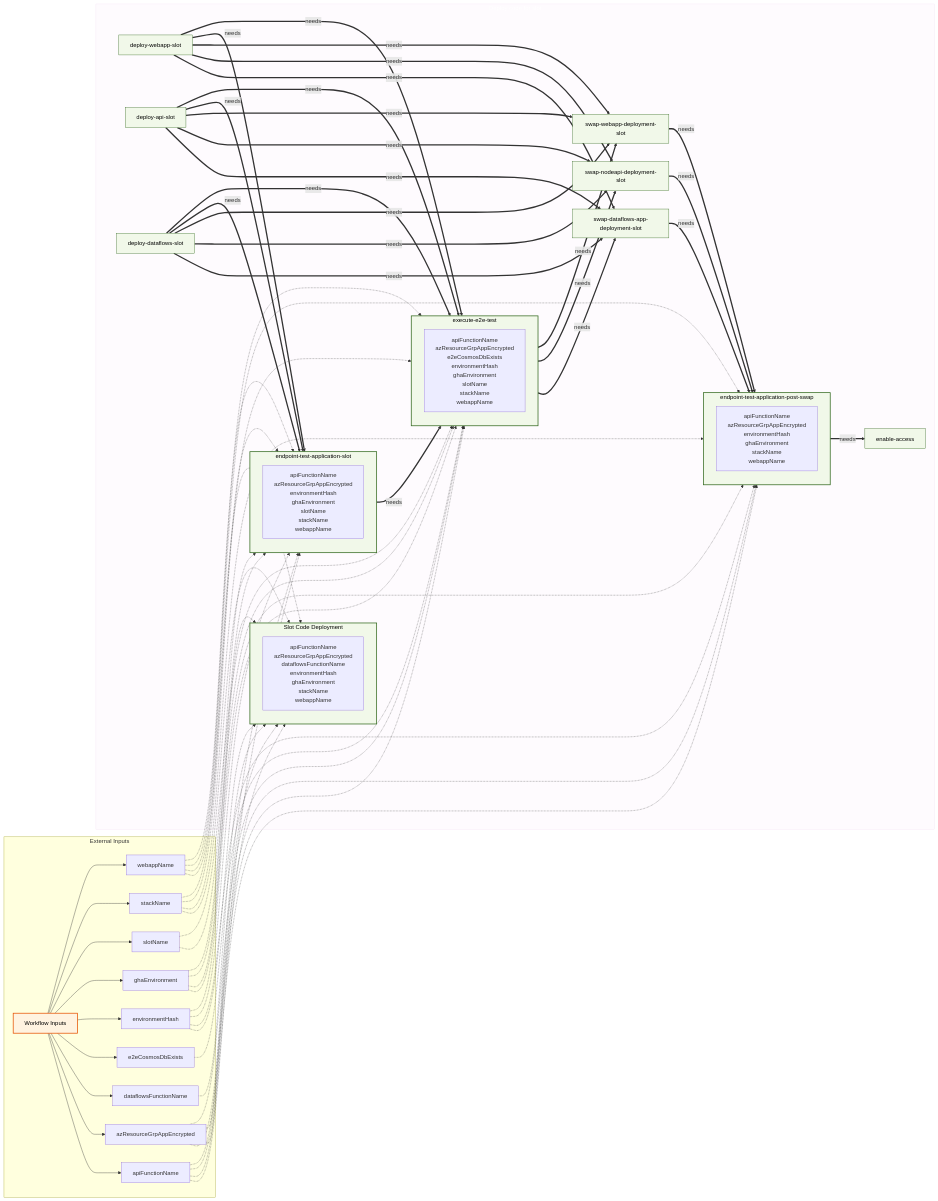
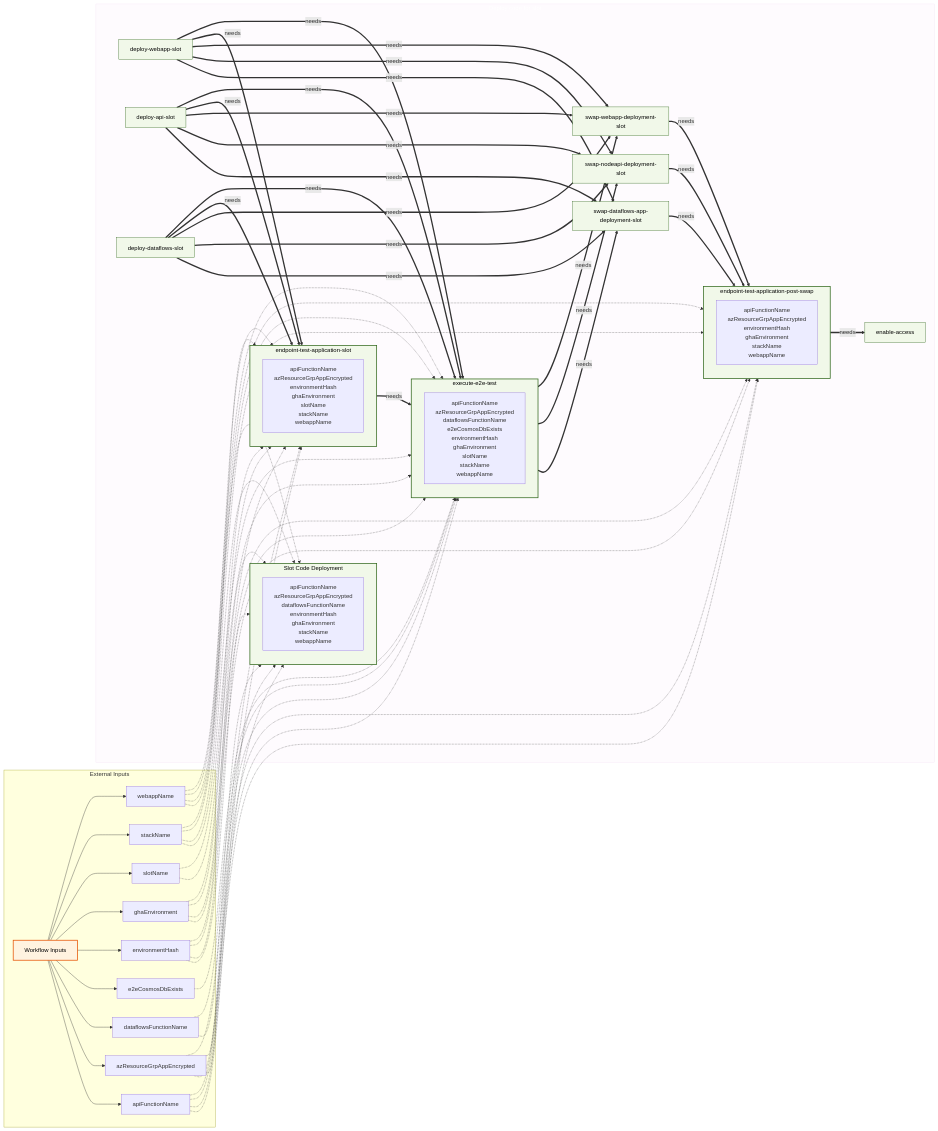
One commit to US-Trustee-Program/Bankruptcy-Oversight-Support-Systems changed the eighth of 22 diagrams in docs/operations/workflow-diagram.md. Above: the diagram before and after it, drawn with Mermaid. The commit also changed other lines of this file and 4 other files, not shown here.

First line of the commit message:
Pass dataflows function name

```diff
--- a/docs/operations/workflow-diagram.md
+++ b/docs/operations/workflow-diagram.md
@@ -385,15 +385,15 @@
 flowchart LR
     subgraph "External Inputs"
         Workflow_Inputs["Workflow Inputs"]
+        Workflow_Inputs_slotName["slotName"]
+        Workflow_Inputs_dataflowsFunctionName["dataflowsFunctionName"]
+        Workflow_Inputs_e2eCosmosDbExists["e2eCosmosDbExists"]
+        Workflow_Inputs_stackName["stackName"]
+        Workflow_Inputs_ghaEnvironment["ghaEnvironment"]
+        Workflow_Inputs_webappName["webappName"]
+        Workflow_Inputs_apiFunctionName["apiFunctionName"]
         Workflow_Inputs_environmentHash["environmentHash"]
-        Workflow_Inputs_webappName["webappName"]
-        Workflow_Inputs_stackName["stackName"]
-        Workflow_Inputs_slotName["slotName"]
-        Workflow_Inputs_e2eCosmosDbExists["e2eCosmosDbExists"]
-        Workflow_Inputs_dataflowsFunctionName["dataflowsFunctionName"]
-        Workflow_Inputs_apiFunctionName["apiFunctionName"]
         Workflow_Inputs_azResourceGrpAppEncrypted["azResourceGrpAppEncrypted"]
-        Workflow_Inputs_ghaEnvironment["ghaEnvironment"]
     end
 
     subgraph sub_deploy_code_slot_workflow["Deploy code for slot"]
@@ -407,7 +407,7 @@
             endpoint_test_application_slot_vars["apiFunctionName<br/>azResourceGrpAppEncrypted<br/>environmentHash<br/>ghaEnvironment<br/>slotName<br/>stackName<br/>webappName"]
         end
         subgraph execute_e2e_test_subgraph["execute-e2e-test"]
-            execute_e2e_test_vars["apiFunctionName<br/>azResourceGrpAppEncrypted<br/>e2eCosmosDbExists<br/>environmentHash<br/>ghaEnvironment<br/>slotName<br/>stackName<br/>webappName"]
+            execute_e2e_test_vars["apiFunctionName<br/>azResourceGrpAppEncrypted<br/>dataflowsFunctionName<br/>e2eCosmosDbExists<br/>environmentHash<br/>ghaEnvironment<br/>slotName<br/>stackName<br/>webappName"]
         end
         swap_webapp_deployment_slot["swap-webapp-deployment-slot"]
         swap_nodeapi_deployment_slot["swap-nodeapi-deployment-slot"]
@@ -436,6 +436,7 @@
     Workflow_Inputs_azResourceGrpAppEncrypted -.-> endpoint_test_application_slot_subgraph
     Workflow_Inputs_azResourceGrpAppEncrypted -.-> execute_e2e_test_subgraph
     Workflow_Inputs_dataflowsFunctionName -.-> deploy_code_subgraph
+    Workflow_Inputs_dataflowsFunctionName -.-> execute_e2e_test_subgraph
     Workflow_Inputs_e2eCosmosDbExists -.-> execute_e2e_test_subgraph
     Workflow_Inputs_environmentHash -.-> deploy_code_subgraph
     Workflow_Inputs_environmentHash -.-> endpoint_test_application_post_swap_subgraph
```
